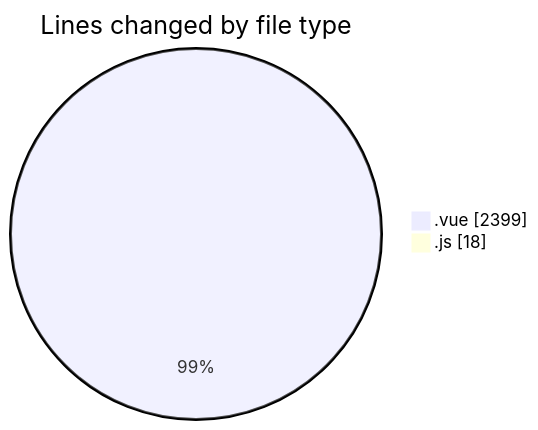
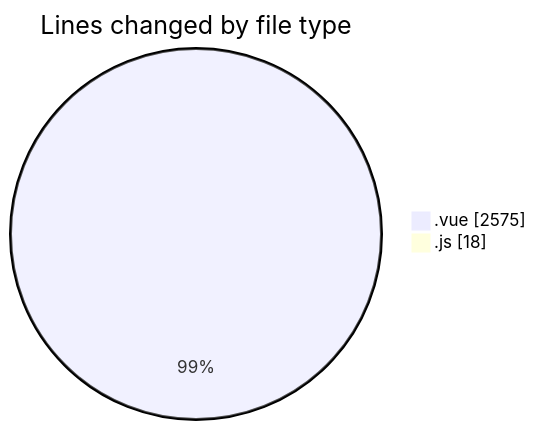
One commit to lephambinh05/code-tracking changed the first of 2 diagrams in 2025-08-13/rentotp/README.md. Above: the diagram before and after it, drawn with Mermaid. The commit also changed other lines of this file and 1 other file, not shown here.

````diff
--- a/2025-08-13/rentotp/README.md
+++ b/2025-08-13/rentotp/README.md
@@ -28,6 +28,6 @@
 ```mermaid
 pie showData
 title Lines changed by file type
-".vue" : 2399
+".vue" : 2575
 ".js" : 18
 ```
````
